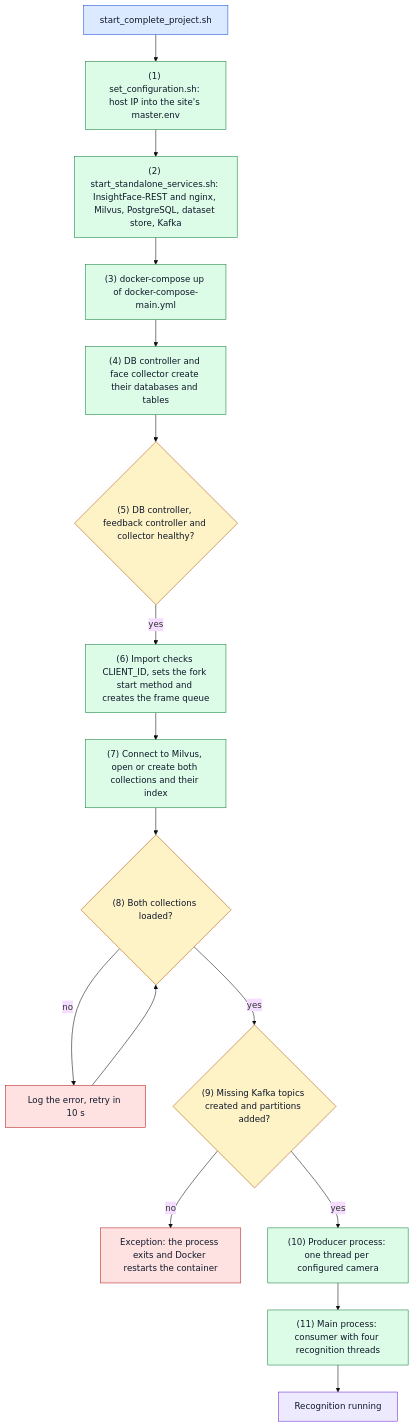
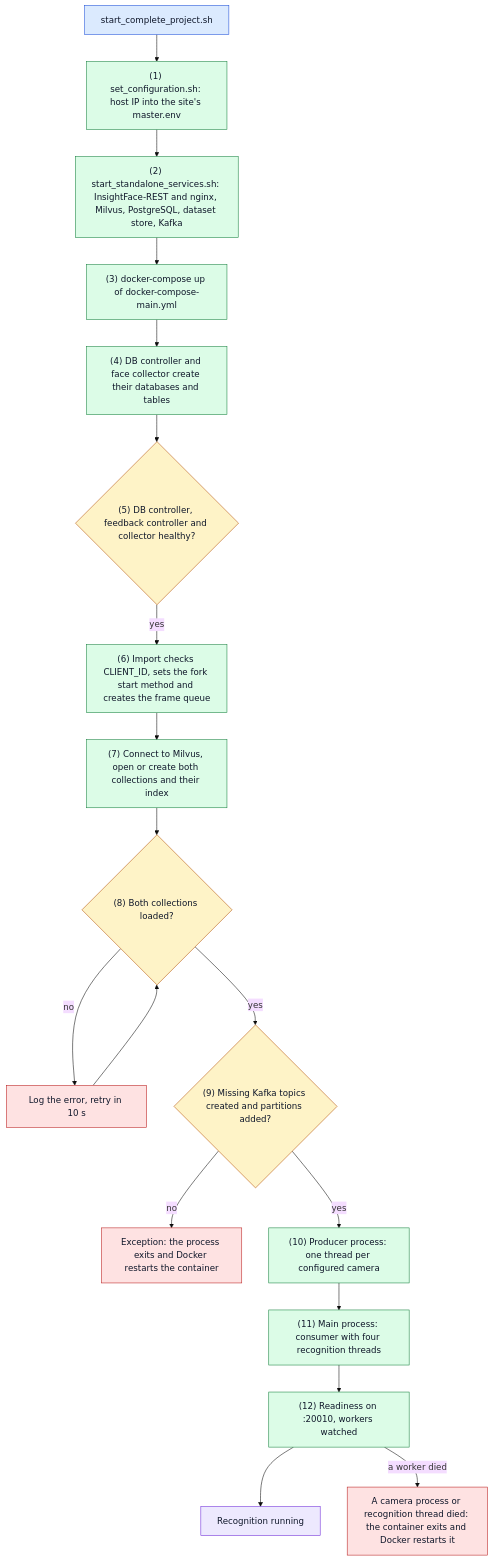
One commit to hamza-aziz-ai/CCTV-Face-Recognition-Attendance-System changed the first of 8 diagrams in docs/FLOW.md. Above: the diagram before and after it, drawn with Mermaid (base theme). The commit also changed other lines of this file, not shown here.

First line of the commit message:
docs: bring FLOW.md's startup, camera, attendance and display diagrams up to date with D-051 [skip ci]

````diff
--- a/docs/FLOW.md
+++ b/docs/FLOW.md
@@ -26,32 +26,35 @@
 ```mermaid
 flowchart TB
     START["`start_complete_project.sh`"]:::entry
     CFG["`(1) set_configuration.sh: host IP into the site's master.env`"]:::step
     SA["`(2) start_standalone_services.sh: InsightFace-REST and nginx, Milvus, PostgreSQL, dataset store, Kafka`"]:::step
     UP["`(3) docker-compose up of docker-compose-main.yml`"]:::step
     INIT["`(4) DB controller and face collector create their databases and tables`"]:::step
     WAITDEP{"`(5) DB controller, feedback controller and collector healthy?`"}:::decision
     FORK["`(6) Import checks CLIENT_ID, sets the fork start method and creates the frame queue`"]:::step
     MV["`(7) Connect to Milvus, open or create both collections and their index`"]:::step
     LOAD{"`(8) Both collections loaded?`"}:::decision
     RETRY["`Log the error, retry in 10 s`"]:::error
     TOPICS{"`(9) Missing Kafka topics created and partitions added?`"}:::decision
     CRASH["`Exception: the process exits and Docker restarts the container`"]:::error
     PROD["`(10) Producer process: one thread per configured camera`"]:::step
     CONS["`(11) Main process: consumer with four recognition threads`"]:::step
+    WATCH["`(12) Readiness on :20010, workers watched`"]:::step
+    DIED["`A camera process or recognition thread died: the container exits and Docker restarts it`"]:::error
     RUN["`Recognition running`"]:::outcome
 
     START --> CFG --> SA --> UP --> INIT --> WAITDEP
     WAITDEP -->|"`yes`"| FORK --> MV --> LOAD
     LOAD -->|"`no`"| RETRY --> LOAD
     LOAD -->|"`yes`"| TOPICS
     TOPICS -->|"`no`"| CRASH
-    TOPICS -->|"`yes`"| PROD --> CONS --> RUN
+    TOPICS -->|"`yes`"| PROD --> CONS --> WATCH --> RUN
+    WATCH -->|"`a worker died`"| DIED
 
     classDef entry fill:#dbeafe,stroke:#1d4ed8,color:#0f172a
     classDef step fill:#dcfce7,stroke:#15803d,color:#0f172a
     classDef decision fill:#fef3c7,stroke:#b45309,color:#0f172a
     classDef outcome fill:#ede9fe,stroke:#6d28d9,color:#0f172a
     classDef error fill:#fee2e2,stroke:#b91c1c,color:#0f172a
     classDef store fill:#f1f5f9,stroke:#475569,color:#0f172a
 ```
````
